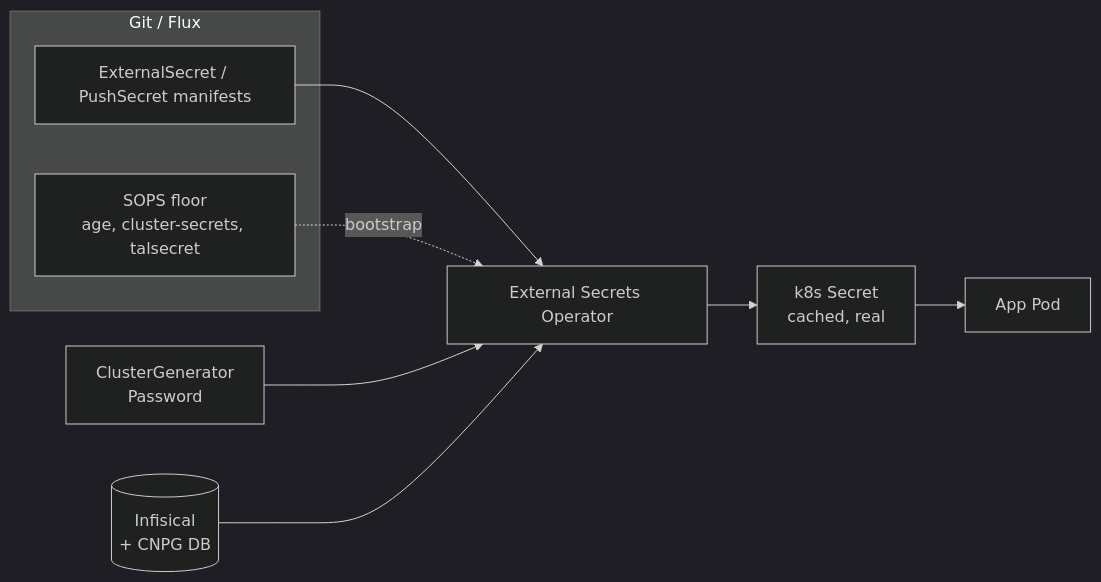
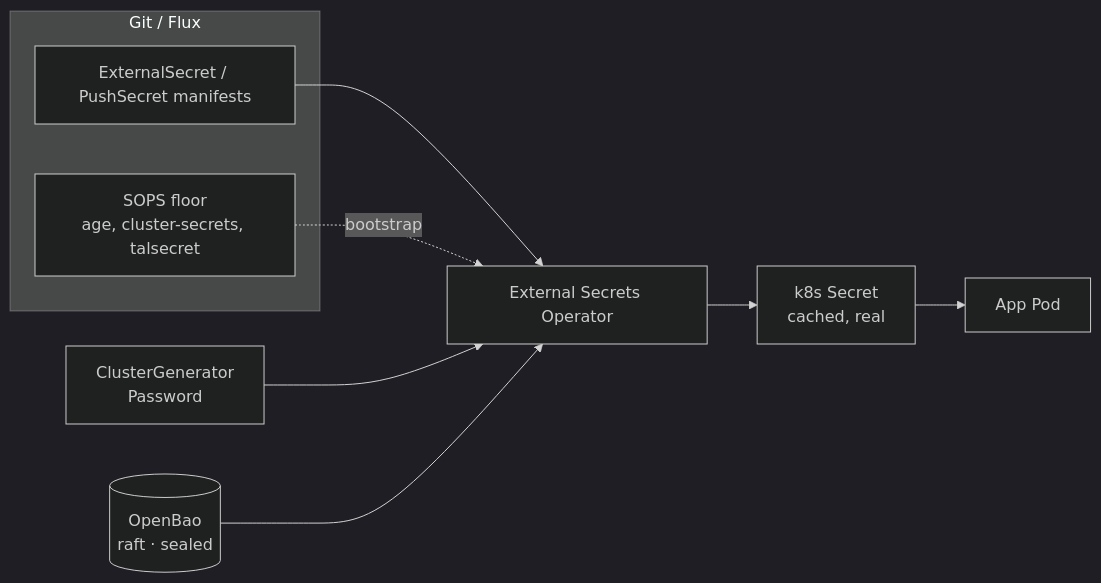
One commit to webgrip/homelab-cluster changed the diagram in docs/techdocs/docs/external-secrets-plan.md. Above: the diagram before and after it, drawn with Mermaid (dark theme). The commit also changed other lines of this file and 5 other files, not shown here.

````diff
--- a/docs/techdocs/docs/external-secrets-plan.md
+++ b/docs/techdocs/docs/external-secrets-plan.md
@@ -49,18 +51,18 @@
 ```mermaid
 flowchart LR
   subgraph git[Git / Flux]
     es[ExternalSecret / PushSecret manifests]
     sops[SOPS floor<br/>age, cluster-secrets, talsecret]
   end
   gen[ClusterGenerator<br/>Password]
-  infisical[(Infisical<br/>+ CNPG DB)]
+  openbao[(OpenBao<br/>raft · sealed)]
   eso[External Secrets Operator]
   k8ssec[k8s Secret<br/>cached, real]
   pod[App Pod]
 
   es --> eso
   gen --> eso
-  infisical --> eso
+  openbao --> eso
   eso --> k8ssec --> pod
   sops -. bootstrap .-> eso
 ```
````
